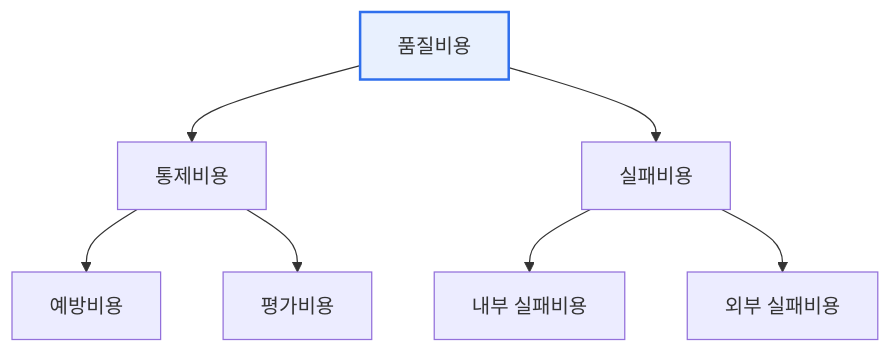
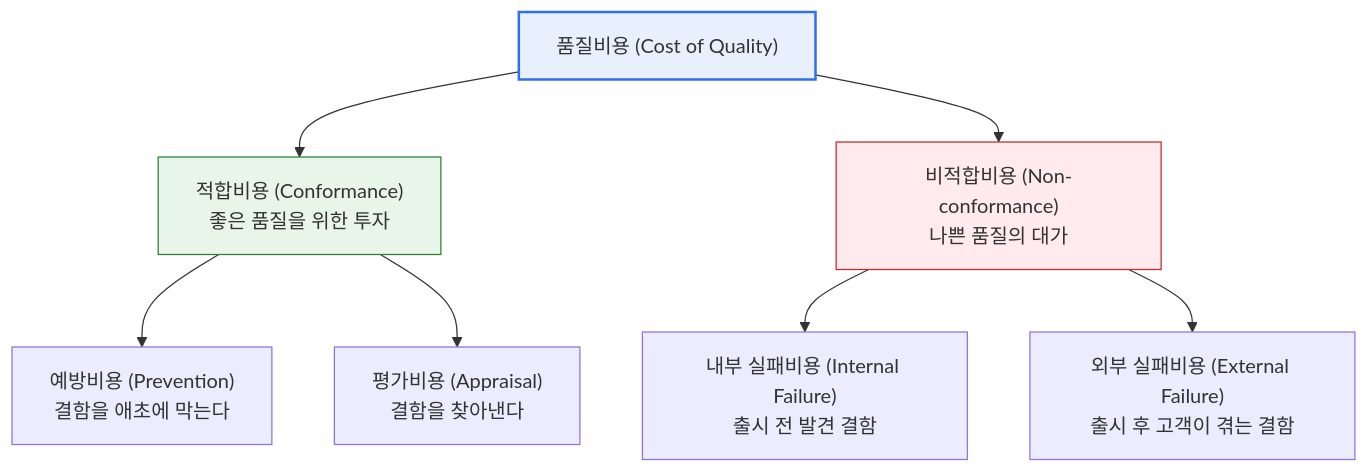
Before and after one commit to coninggu/wjdqhrhksflrltnftk: the first of 2 diagrams in content/quality-cost.md, drawn with Mermaid. The commit also changed other lines of this file and 3 other files, not shown here.

First line of the commit message:
Deepen 메시지 인증 코드(MAC), 소프트웨어 품질비용(Cost of Quality) (auto)

````diff
--- a/content/quality-cost.md
+++ b/content/quality-cost.md
@@ -15,10 +20,12 @@
 ```mermaid
 flowchart TB
-  Q[품질비용] --> C["통제비용"]
-  Q --> F["실패비용"]
-  C --> P[예방비용]
-  C --> A[평가비용]
-  F --> IF[내부 실패비용]
-  F --> EF[외부 실패비용]
+  Q["품질비용 (Cost of Quality)"] --> C["적합비용 (Conformance)<br/>좋은 품질을 위한 투자"]
+  Q --> F["비적합비용 (Non-conformance)<br/>나쁜 품질의 대가"]
+  C --> P["예방비용 (Prevention)<br/>결함을 애초에 막는다"]
+  C --> A["평가비용 (Appraisal)<br/>결함을 찾아낸다"]
+  F --> IF["내부 실패비용 (Internal Failure)<br/>출시 전 발견 결함"]
+  F --> EF["외부 실패비용 (External Failure)<br/>출시 후 고객이 겪는 결함"]
   style Q fill:#e8f0fe,stroke:#2f6fed,stroke-width:2px
+  style C fill:#e8f5e9,stroke:#2e7d32
+  style F fill:#ffebee,stroke:#c62828
 ```
````
